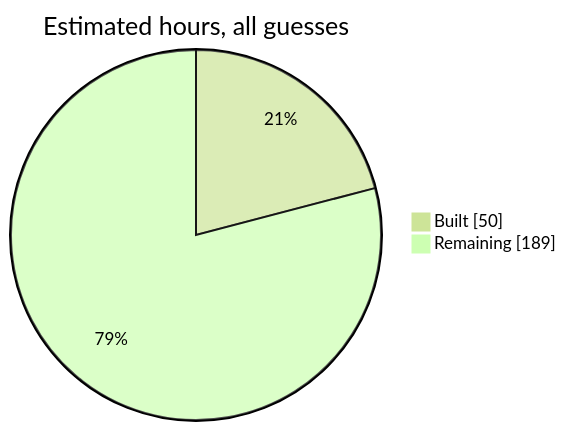
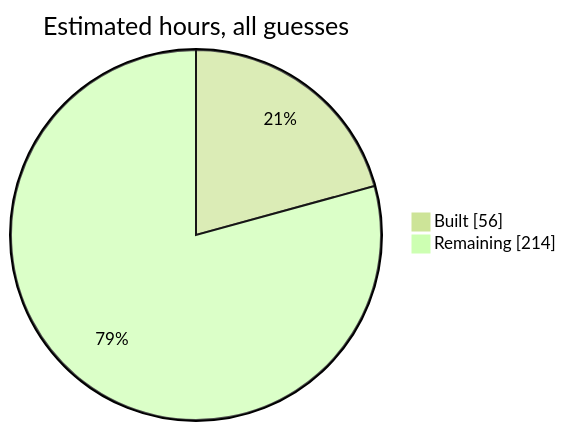
The second of 5 diagrams in docs/system-design.md (SumanthVarma798/GNSS-Constellation-Health-Monitoring-System), drawn with Mermaid (forest theme) before and after one commit. The commit also changed other lines of this file and 1 other file, not shown here.

````diff
--- a/docs/system-design.md
+++ b/docs/system-design.md
@@ -71,5 +71,5 @@
 ```mermaid
 pie showData title Estimated hours, all guesses
-  "Built" : 50
-  "Remaining" : 189
+  "Built" : 56
+  "Remaining" : 214
 ```
````
